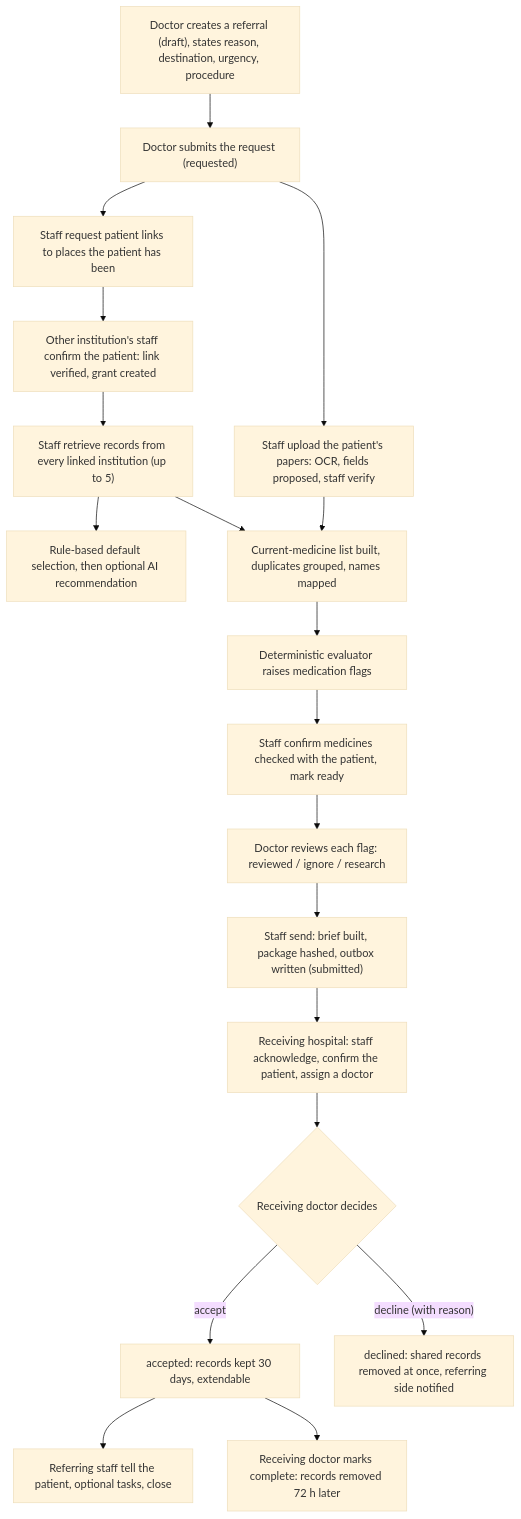
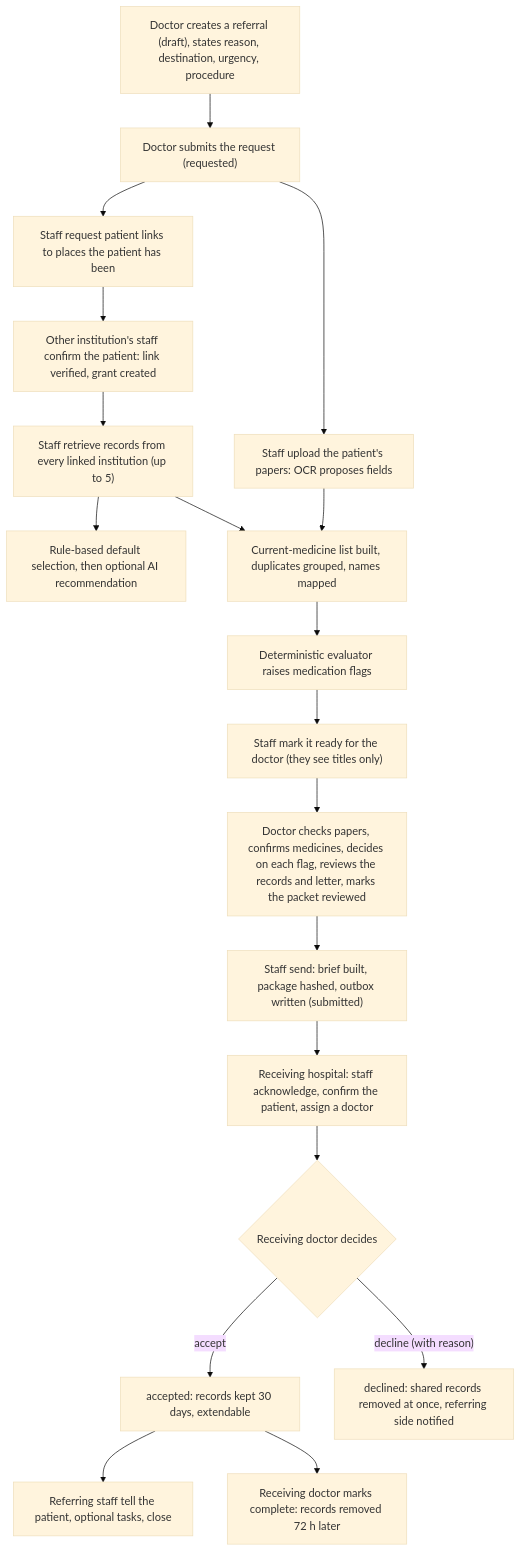
One commit to B-satool/FYP-Federated-Referral-System changed the second of 2 diagrams in docs/sds/sections/02-system-overview.md. Above: the diagram before and after it, drawn with Mermaid (base theme). The commit also changed other lines of this file and 73 other files, not shown here.

First line of the commit message:
Doctor-only clinical content, packet review, consultation notes, label quotes

````diff
--- a/docs/sds/sections/02-system-overview.md
+++ b/docs/sds/sections/02-system-overview.md
@@ -75,20 +75,20 @@
 ```mermaid
 flowchart TD
     A["Doctor creates a referral (draft), states reason, destination, urgency, procedure"] --> B["Doctor submits the request (requested)"]
     B --> C["Staff request patient links to places the patient has been"]
     C --> D["Other institution's staff confirm the patient: link verified, grant created"]
     D --> E["Staff retrieve records from every linked institution (up to 5)"]
     E --> F["Rule-based default selection, then optional AI recommendation"]
-    B --> G["Staff upload the patient's papers: OCR, fields proposed, staff verify"]
+    B --> G["Staff upload the patient's papers: OCR proposes fields"]
     E & G --> H["Current-medicine list built, duplicates grouped, names mapped"]
     H --> I["Deterministic evaluator raises medication flags"]
-    I --> J["Staff confirm medicines checked with the patient, mark ready"]
-    J --> K["Doctor reviews each flag: reviewed / ignore / research"]
+    I --> J["Staff mark it ready for the doctor (they see titles only)"]
+    J --> K["Doctor checks papers, confirms medicines, decides on each flag, reviews the records and letter, marks the packet reviewed"]
     K --> L["Staff send: brief built, package hashed, outbox written (submitted)"]
     L --> M["Receiving hospital: staff acknowledge, confirm the patient, assign a doctor"]
     M --> N{"Receiving doctor decides"}
     N -->|"accept"| O["accepted: records kept 30 days, extendable"]
     N -->|"decline (with reason)"| P["declined: shared records removed at once, referring side notified"]
     O --> Q["Referring staff tell the patient, optional tasks, close"]
     O --> R["Receiving doctor marks complete: records removed 72 h later"]
 ```
````
